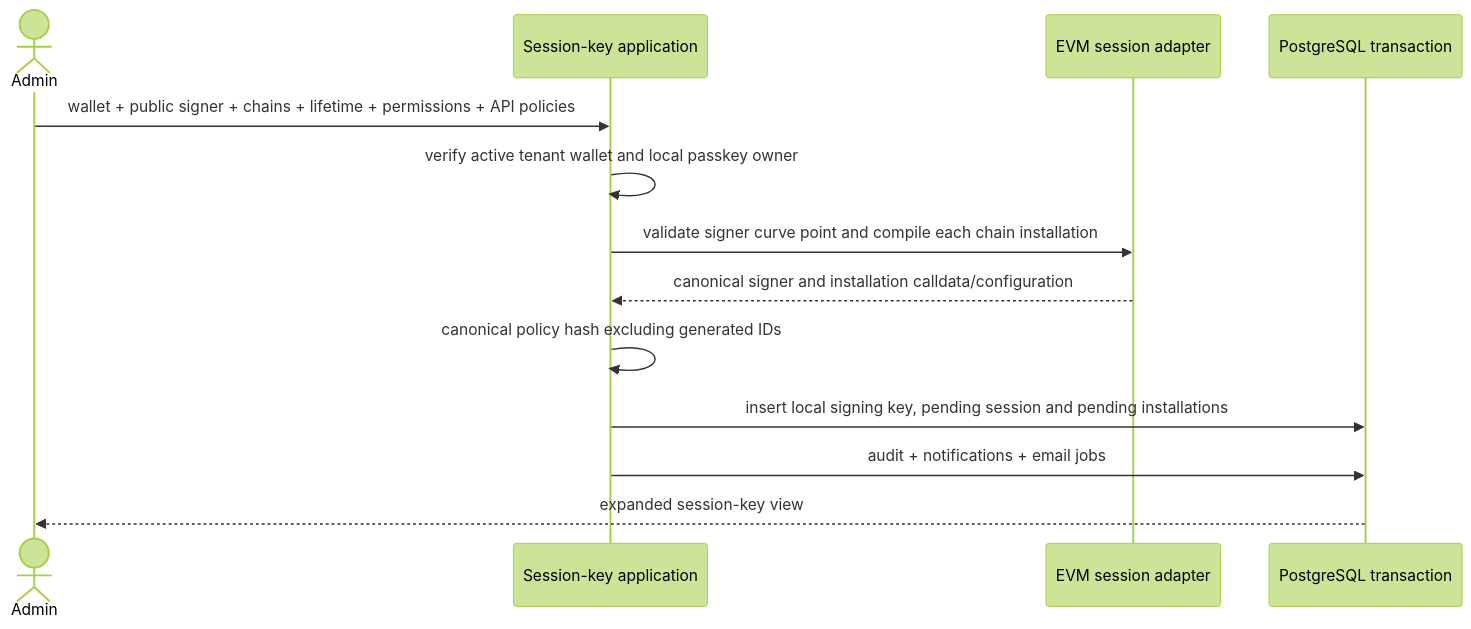
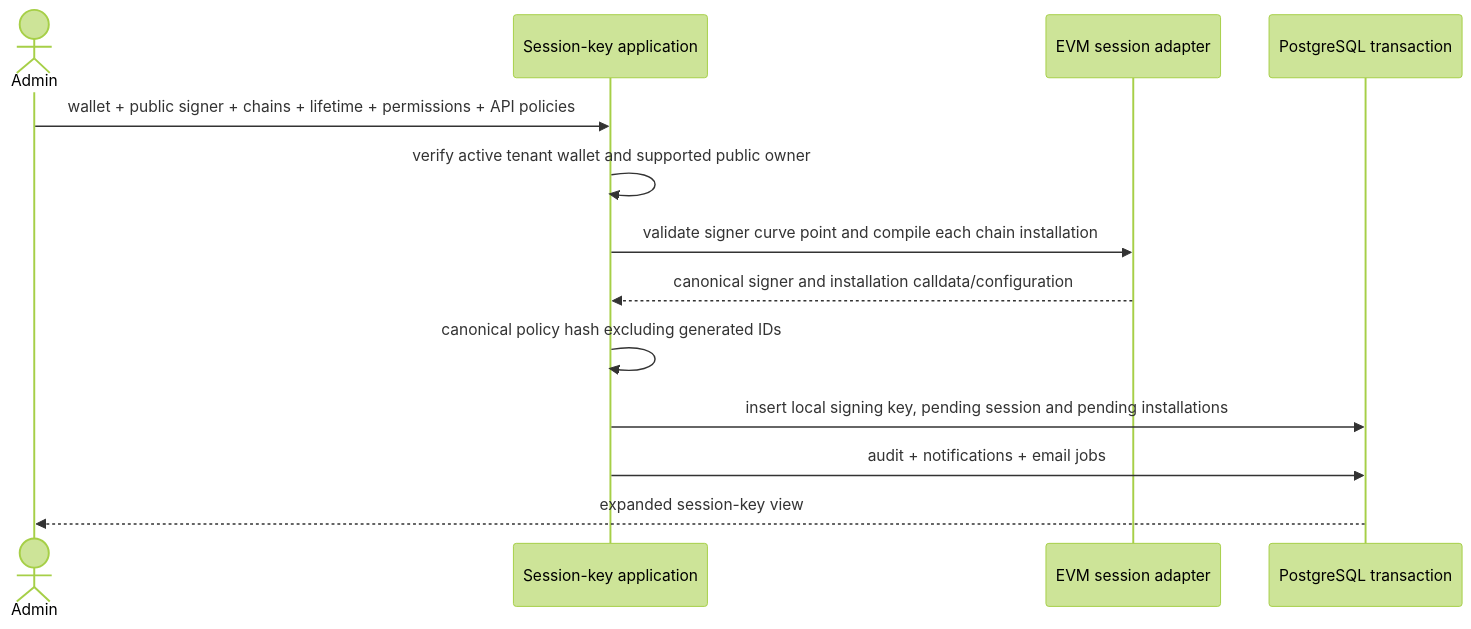
The diagram in architecture/wallets/session-keys.md (thenamespace/namera), drawn with Mermaid (forest theme) before and after one commit. The commit also changed other lines of this file and 24 other files, not shown here.

````diff
--- a/architecture/wallets/session-keys.md
+++ b/architecture/wallets/session-keys.md
@@ -32,16 +32,16 @@
 ```mermaid
 sequenceDiagram
   actor Admin
   participant App as Session-key application
   participant EVM as EVM session adapter
   participant Tx as PostgreSQL transaction
 
   Admin->>App: wallet + public signer + chains + lifetime + permissions + API policies
-  App->>App: verify active tenant wallet and local passkey owner
+  App->>App: verify active tenant wallet and supported public owner
   App->>EVM: validate signer curve point and compile each chain installation
   EVM-->>App: canonical signer and installation calldata/configuration
   App->>App: canonical policy hash excluding generated IDs
   App->>Tx: insert local signing key, pending session and pending installations
   App->>Tx: audit + notifications + email jobs
   Tx-->>Admin: expanded session-key view
 ```
````
